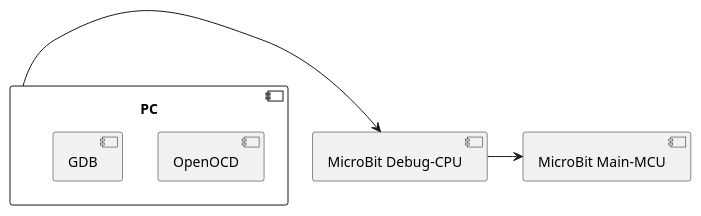
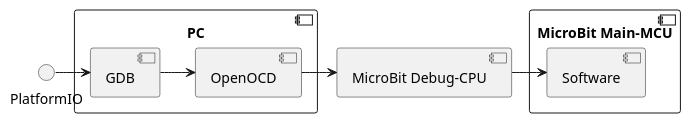
The diagram in images/overview.iuml (chatelao/microbit-v2-debugging), drawn with PlantUML before and after one commit.

```diff
--- a/images/overview.iuml
+++ b/images/overview.iuml
@@ -1,10 +1,14 @@
  @startuml
-component "MicroBit Main-MCU" as MBMCU
+component "MicroBit Main-MCU" as MBMCU {
+[Software]
+}
 [MicroBit Debug-CPU] as MBUSB
 component PC {
   component OpenOCD
   component GDB
 }
-PC -> MBUSB
-MBUSB -> MBMCU
+PlatformIO -> GDB
+GDB -> OpenOCD
+OpenOCD -> MBUSB
+MBUSB -> Software
 @enduml
```
